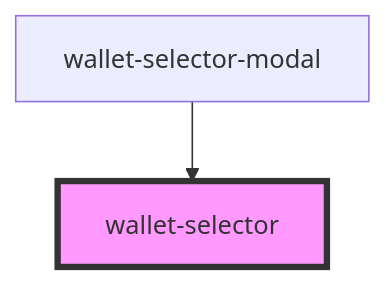
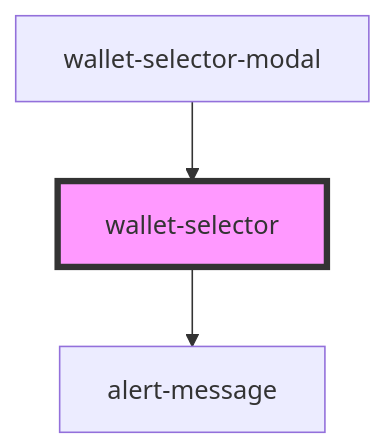
The diagram in packages/selector-ui/src/components/wallet-selector/readme.md (near/wallet-selector), drawn with Mermaid before and after one commit. The commit also changed other lines of this file and 5 other files, not shown here.

````diff
--- a/packages/selector-ui/src/components/wallet-selector/readme.md
+++ b/packages/selector-ui/src/components/wallet-selector/readme.md
@@ -28,5 +32,6 @@
 ```mermaid
 graph TD;
+  wallet-selector --> alert-message
   wallet-selector-modal --> wallet-selector
   style wallet-selector fill:#f9f,stroke:#333,stroke-width:4px
 ```
````
